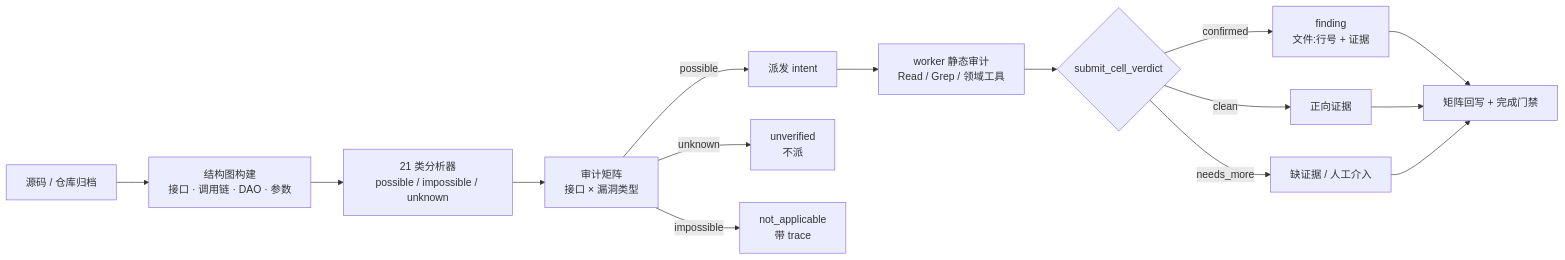
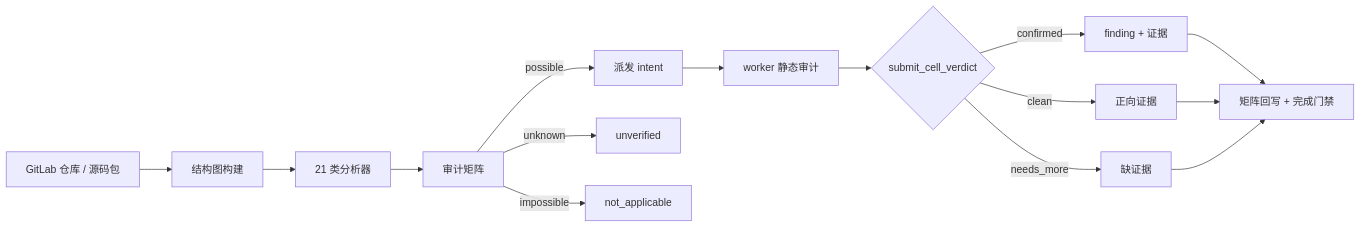
One commit to ALisCat/codescan-artex changed the diagram in README.md. Above: the diagram before and after it, drawn with Mermaid. The commit also changed other lines of this file, not shown here.

````diff
--- a/README.md
+++ b/README.md
@@ -175,17 +57,17 @@
 ```mermaid
 flowchart LR
-  S["源码 / 仓库归档"] --> G["结构图构建<br/>接口 · 调用链 · DAO · 参数"]
-  G --> A["21 类分析器<br/>possible / impossible / unknown"]
-  A --> M["审计矩阵<br/>接口 × 漏洞类型"]
+  S["GitLab 仓库 / 源码包"] --> G["结构图构建"]
+  G --> A["21 类分析器"]
+  A --> M["审计矩阵"]
   M -->|possible| D["派发 intent"]
-  M -->|unknown| U["unverified<br/>不派"]
-  M -->|impossible| N["not_applicable<br/>带 trace"]
-  D --> W["worker 静态审计<br/>Read / Grep / 领域工具"]
+  M -->|unknown| U["unverified"]
+  M -->|impossible| N["not_applicable"]
+  D --> W["worker 静态审计"]
   W --> V{"submit_cell_verdict"}
-  V -->|confirmed| F["finding<br/>文件:行号 + 证据"]
+  V -->|confirmed| F["finding + 证据"]
   V -->|clean| C["正向证据"]
-  V -->|needs_more| H["缺证据 / 人工介入"]
+  V -->|needs_more| H["缺证据"]
   F --> R["矩阵回写 + 完成门禁"]
   C --> R
   H --> R
 ```
````
